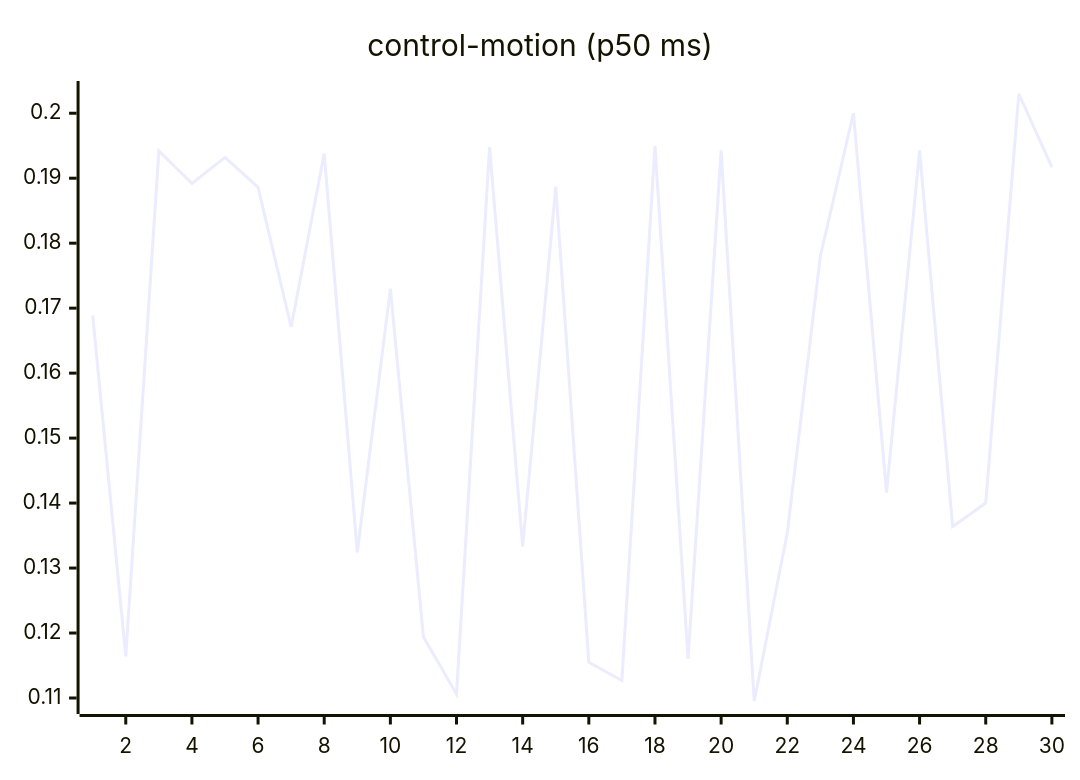
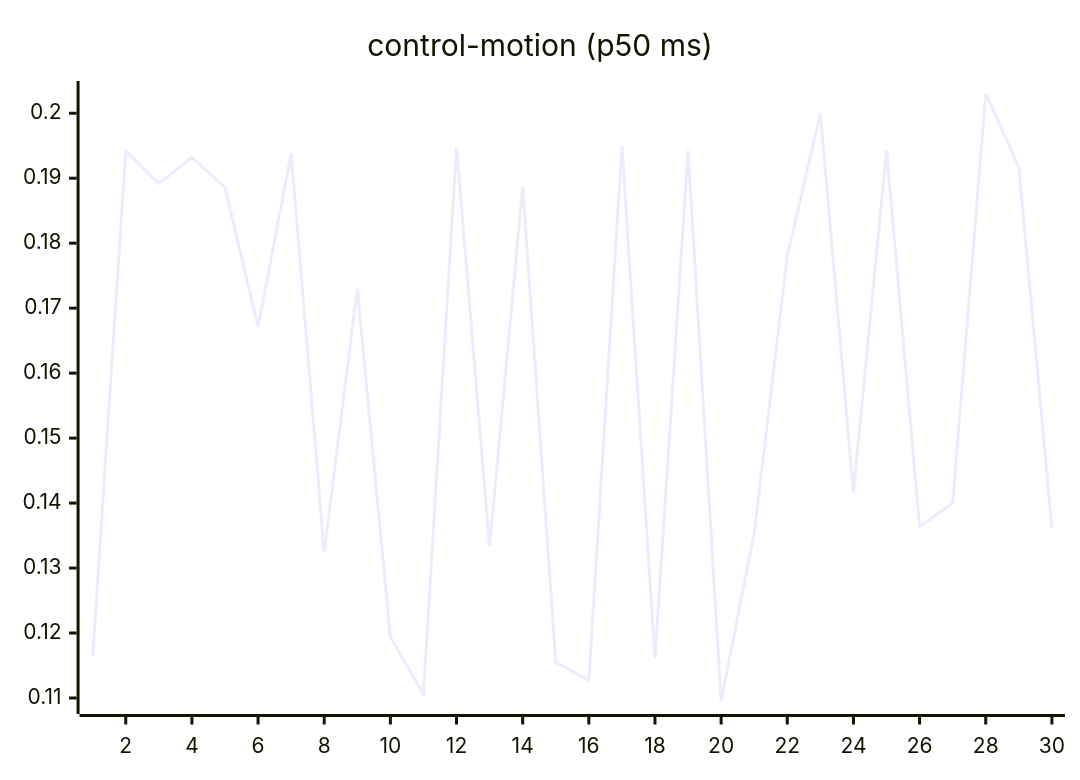
The seventh of 27 diagrams in README.md (josha/Facet), drawn with Mermaid before and after one commit. The commit also changed other lines of this file and 2 other files, not shown here.

````diff
--- a/README.md
+++ b/README.md
@@ -105,6 +105,6 @@
 ```mermaid
 xychart-beta
     title "control-motion (p50 ms)"
     x-axis 1 --> 30
-    line [0.1689, 0.1164, 0.1942, 0.1892, 0.1932, 0.1886, 0.1671, 0.1938, 0.1324, 0.1730, 0.1194, 0.1106, 0.1948, 0.1333, 0.1887, 0.1155, 0.1127, 0.1950, 0.1160, 0.1943, 0.1095, 0.1354, 0.1780, 0.2000, 0.1416, 0.1943, 0.1364, 0.1400, 0.2030, 0.1917]
+    line [0.1164, 0.1942, 0.1892, 0.1932, 0.1886, 0.1671, 0.1938, 0.1324, 0.1730, 0.1194, 0.1106, 0.1948, 0.1333, 0.1887, 0.1155, 0.1127, 0.1950, 0.1160, 0.1943, 0.1095, 0.1354, 0.1780, 0.2000, 0.1416, 0.1943, 0.1364, 0.1400, 0.2030, 0.1917, 0.1362]
 ```
````
